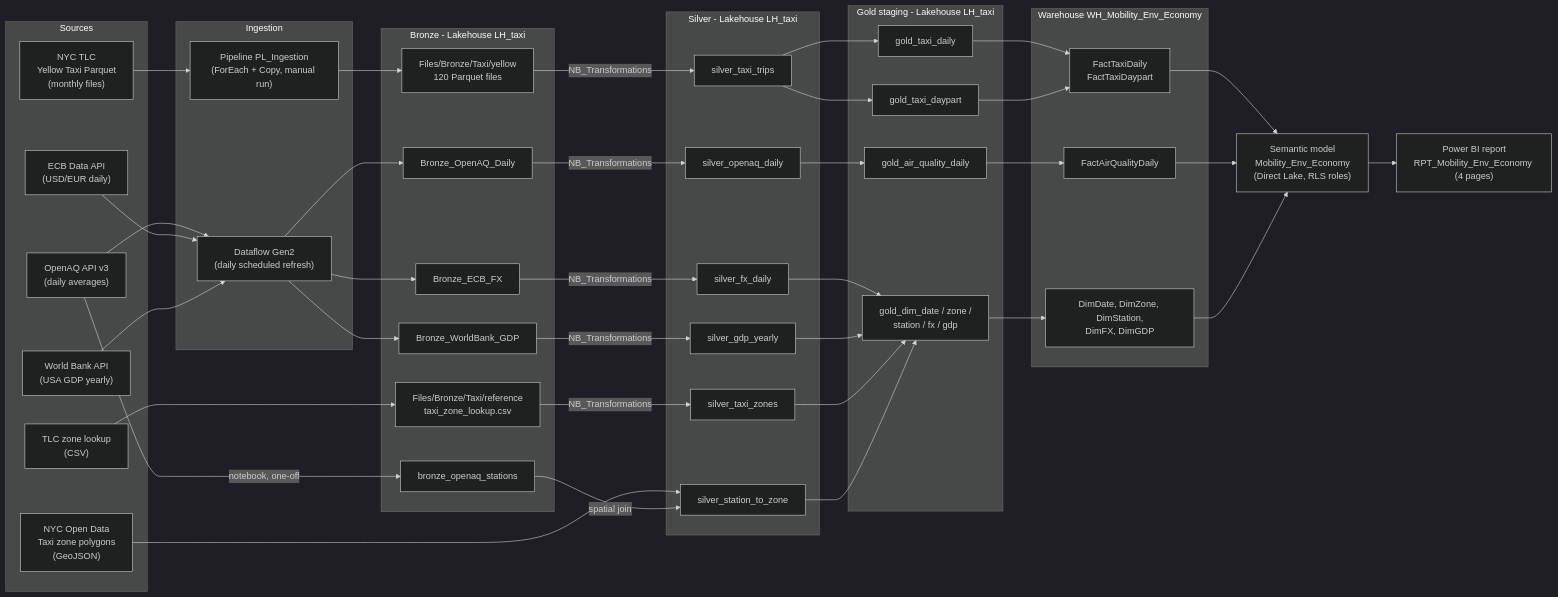
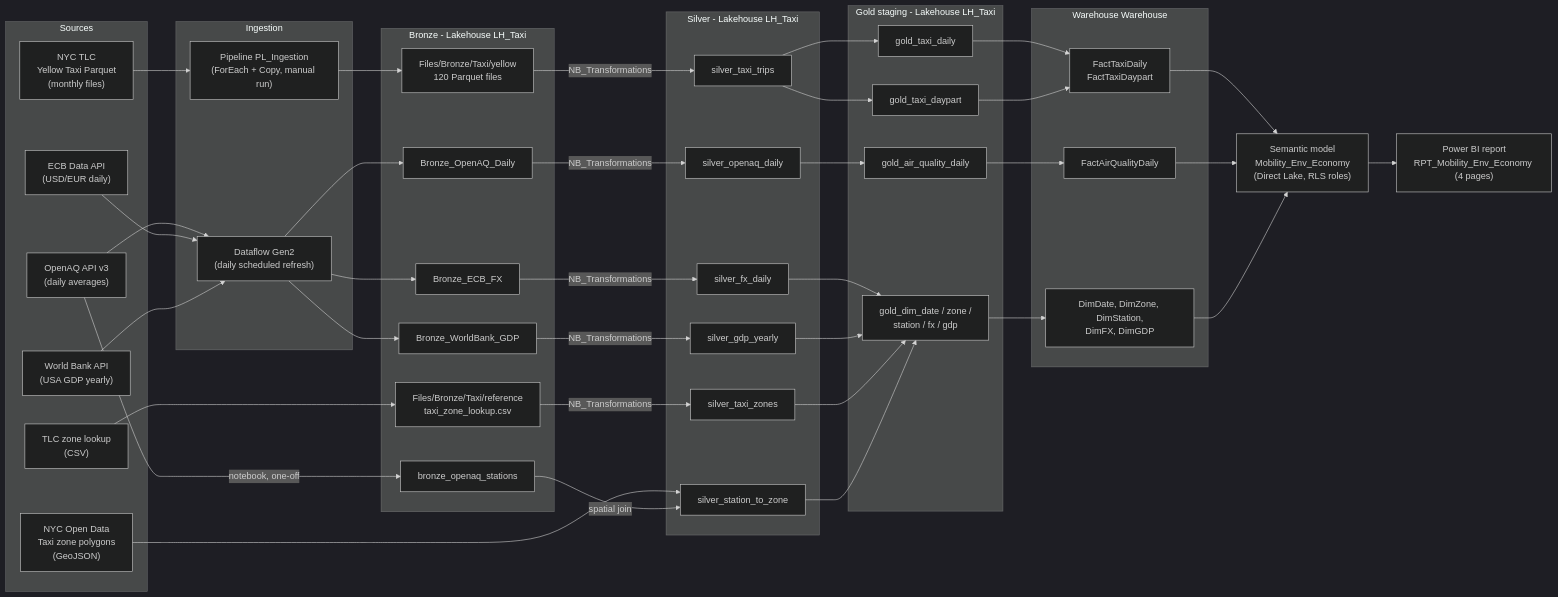
One commit to viktor-july/fabric-nyc-mobility-air-economy changed the diagram in docs/02_lineage_and_governance.md. Above: the diagram before and after it, drawn with Mermaid (dark theme). The commit also changed other lines of this file, not shown here.

```diff
--- a/docs/02_lineage_and_governance.md
+++ b/docs/02_lineage_and_governance.md
@@ -28,7 +28,7 @@
         D1["Dataflow Gen2<br/>(daily scheduled refresh)"]
     end
 
-    subgraph BRZ["Bronze - Lakehouse LH_taxi"]
+    subgraph BRZ["Bronze - Lakehouse LH_Taxi"]
         B1["Files/Bronze/Taxi/yellow<br/>120 Parquet files"]
         B2["Bronze_OpenAQ_Daily"]
         B3["bronze_openaq_stations"]
@@ -37,7 +37,7 @@
         B6["Files/Bronze/Taxi/reference<br/>taxi_zone_lookup.csv"]
     end
 
-    subgraph SLV["Silver - Lakehouse LH_taxi"]
+    subgraph SLV["Silver - Lakehouse LH_Taxi"]
         V1["silver_taxi_trips"]
         V2["silver_openaq_daily"]
         V3["silver_fx_daily"]
@@ -46,14 +46,14 @@
         V6["silver_station_to_zone"]
     end
 
-    subgraph GLD["Gold staging - Lakehouse LH_taxi"]
+    subgraph GLD["Gold staging - Lakehouse LH_Taxi"]
         G1["gold_taxi_daily"]
         G2["gold_taxi_daypart"]
         G3["gold_air_quality_daily"]
         G4["gold_dim_date / zone /<br/>station / fx / gdp"]
     end
 
-    subgraph WH["Warehouse WH_Mobility_Env_Economy"]
+    subgraph WH["Warehouse Warehouse"]
         W1["FactTaxiDaily<br/>FactTaxiDaypart"]
         W2["FactAirQualityDaily"]
         W3["DimDate, DimZone, DimStation,<br/>DimFX, DimGDP"]
```
